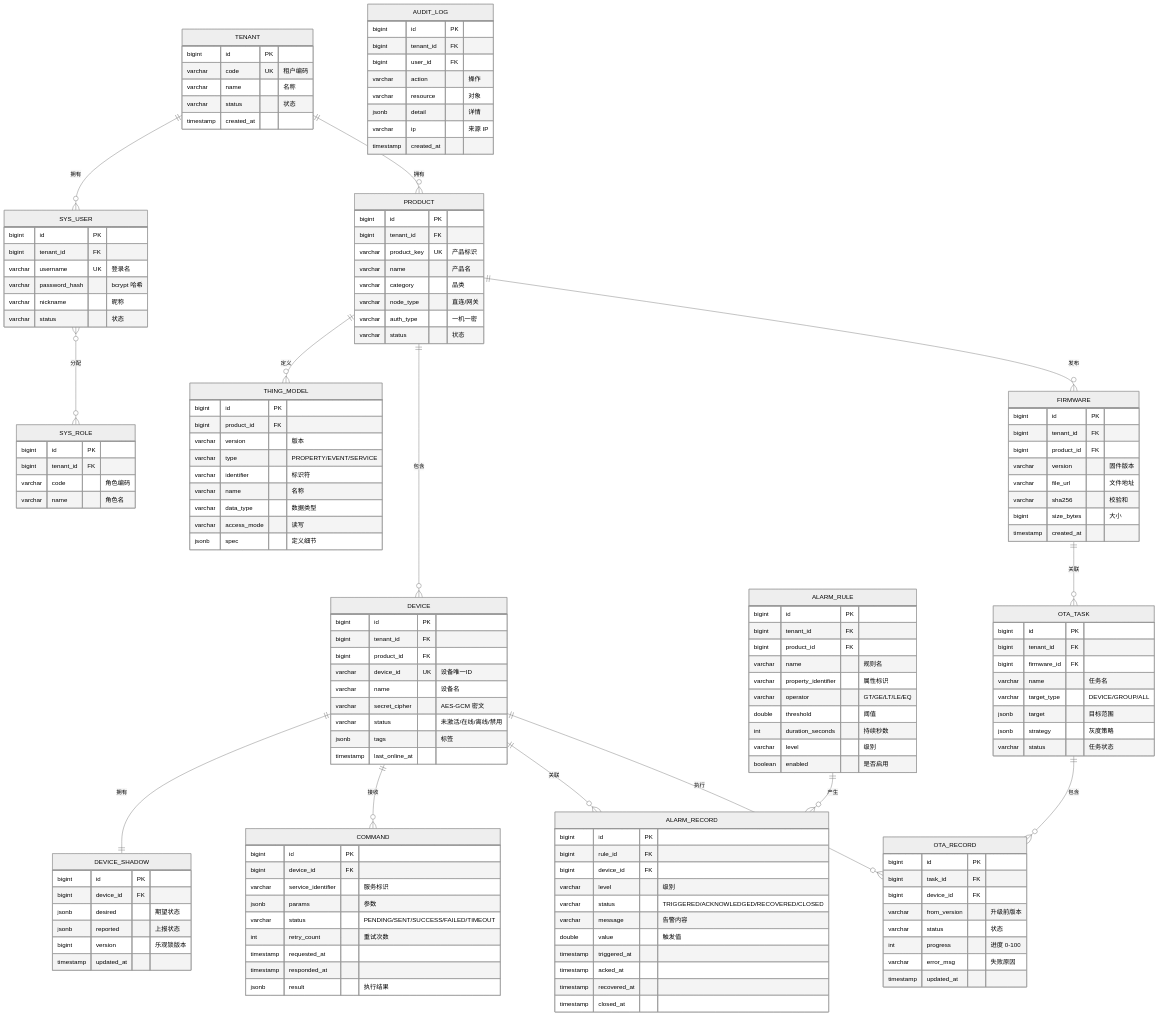
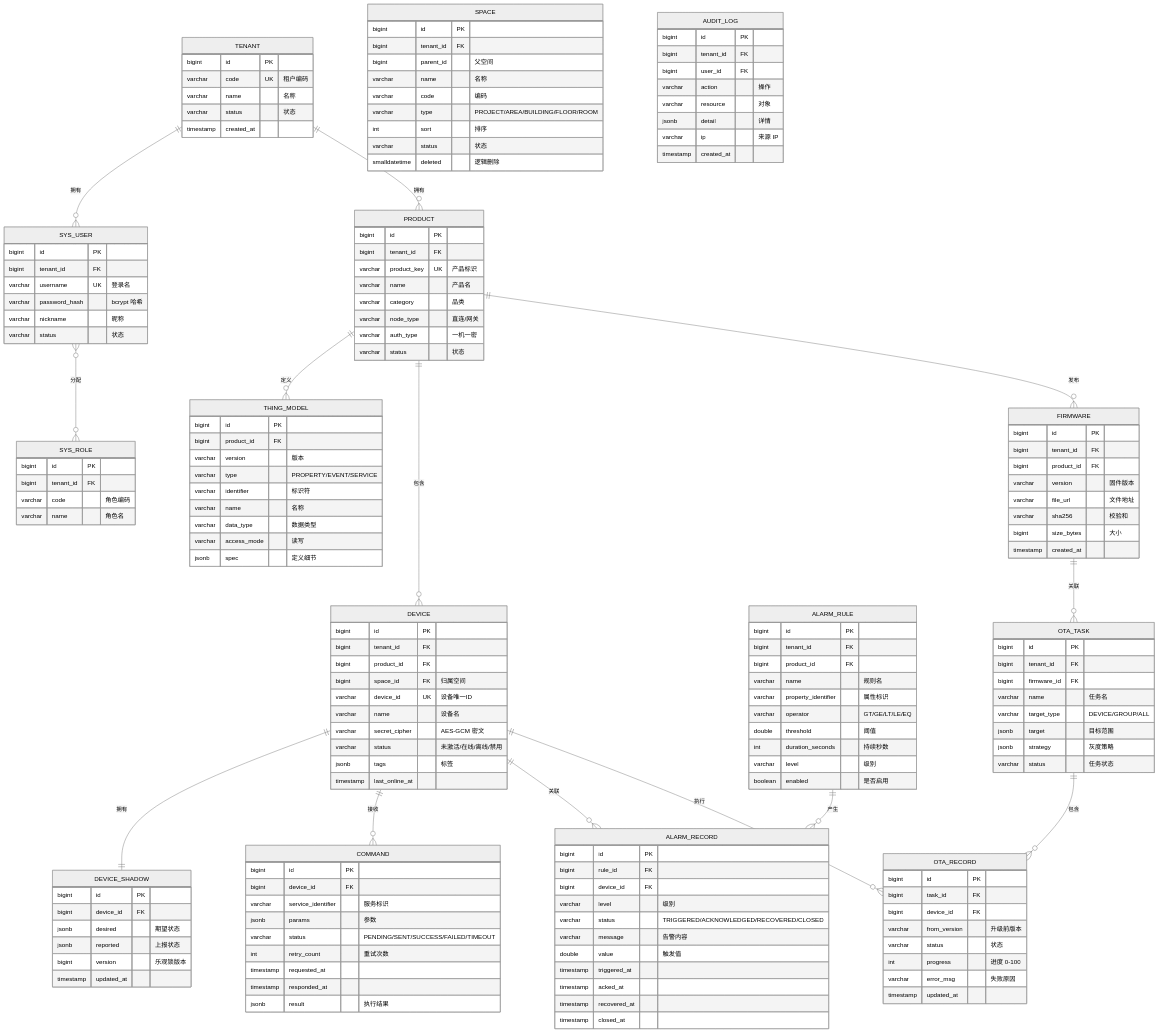
One commit to wuzhudexiaopacai/coherer changed diagram 13 of 15 in docs/design.md. Above: the diagram before and after it, drawn with Mermaid (neutral theme). The commit also changed other lines of this file and 34 other files, not shown here.

```diff
--- a/docs/design.md
+++ b/docs/design.md
@@ -388,6 +388,17 @@
         varchar name "名称"
         varchar status "状态"
         timestamp created_at
+    }
+    SPACE {
+        bigint id PK
+        bigint tenant_id FK
+        bigint parent_id "父空间"
+        varchar name "名称"
+        varchar code "编码"
+        varchar type "PROJECT/AREA/BUILDING/FLOOR/ROOM"
+        int sort "排序"
+        varchar status "状态"
+        smalldatetime deleted "逻辑删除"
     }
     SYS_USER {
         bigint id PK
@@ -428,6 +439,7 @@
         bigint id PK
         bigint tenant_id FK
         bigint product_id FK
+        bigint space_id FK "归属空间"
         varchar device_id UK "设备唯一ID"
         varchar name "设备名"
         varchar secret_cipher "AES-GCM 密文"
```
